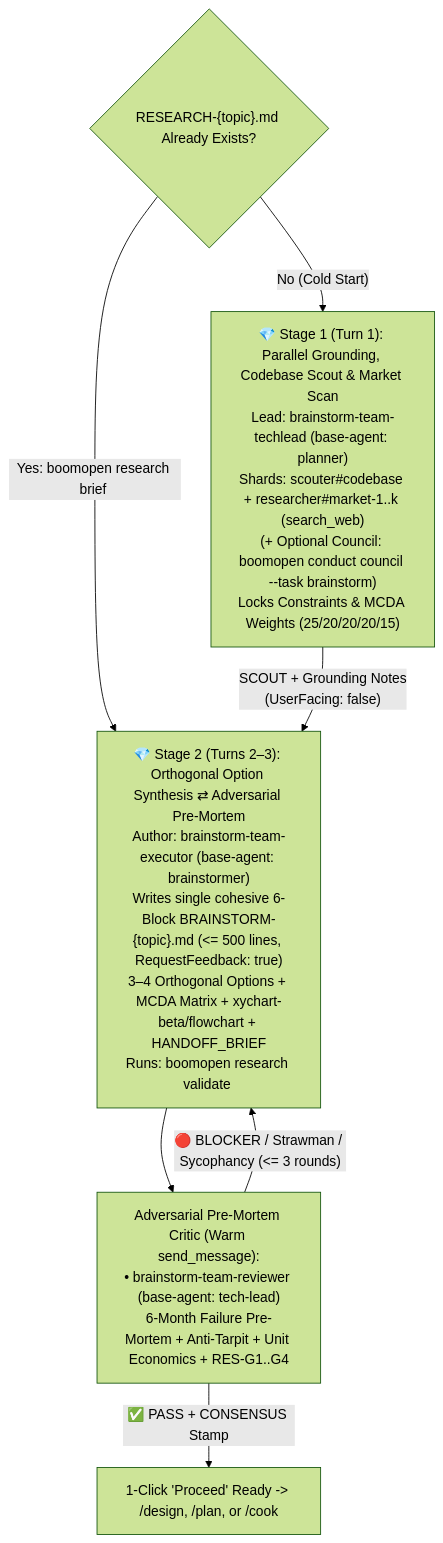
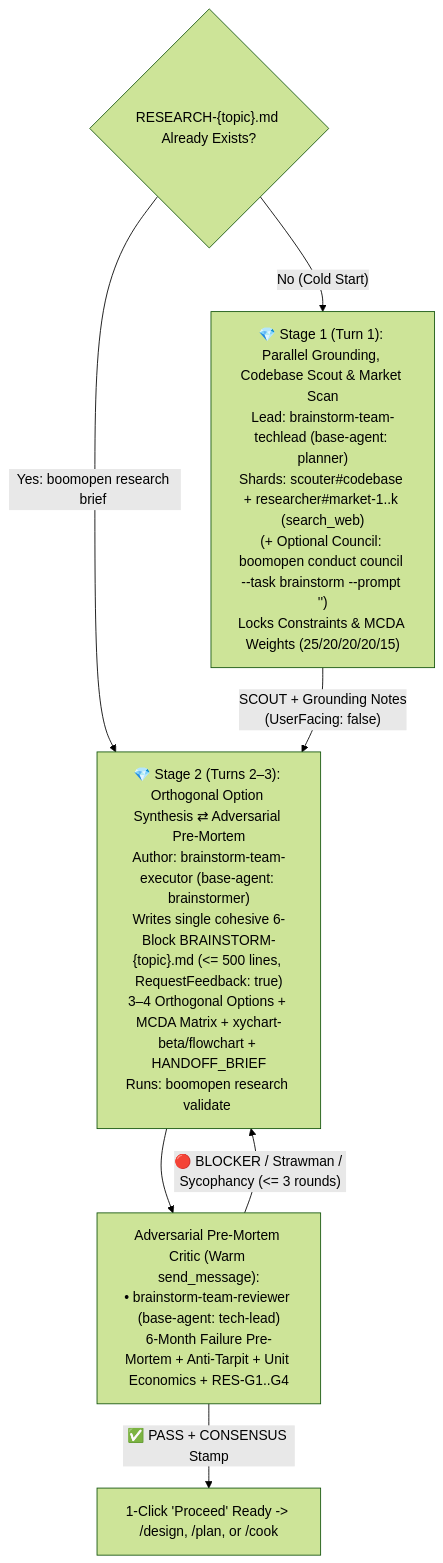
Before and after one commit to Kennyboom/BoomOpen-Workflow-Kit-Pro: the diagram in agents/teams/brainstorm-team/_team.md, drawn with Mermaid (forest theme). The commit also changed other lines of this file and 302 other files, not shown here.

````diff
--- a/agents/teams/brainstorm-team/_team.md
+++ b/agents/teams/brainstorm-team/_team.md
@@ -40,10 +41,10 @@
 ```mermaid
 flowchart TD
     G0{"RESEARCH-{topic}.md Already Exists?"}
     G0 -->|"Yes: boomopen research brief <path><br/>(Skip duplicate web searches)"| S2
-    G0 -->|"No (Cold Start)"| S1["💎 Stage 1 (Turn 1): Parallel Grounding, Codebase Scout & Market Scan<br/>Lead: brainstorm-team-techlead (base-agent: planner)<br/>Shards: scouter#codebase + researcher#market-1..k (search_web)<br/>(+ Optional Council: boomopen conduct council --task brainstorm)<br/>Locks Constraints & MCDA Weights (25/20/20/20/15)"]
+    G0 -->|"No (Cold Start)"| S1["💎 Stage 1 (Turn 1): Parallel Grounding, Codebase Scout & Market Scan<br/>Lead: brainstorm-team-techlead (base-agent: planner)<br/>Shards: scouter#codebase + researcher#market-1..k (search_web)<br/>(+ Optional Council: boomopen conduct council --task brainstorm --prompt '<brainstorm-context>')<br/>Locks Constraints & MCDA Weights (25/20/20/20/15)"]
     S1 -->|"SCOUT + Grounding Notes<br/>(UserFacing: false)"| S2["💎 Stage 2 (Turns 2–3): Orthogonal Option Synthesis ⇄ Adversarial Pre-Mortem<br/>Author: brainstorm-team-executor (base-agent: brainstormer)<br/>Writes single cohesive 6-Block BRAINSTORM-{topic}.md (<= 500 lines, RequestFeedback: true)<br/>3–4 Orthogonal Options + MCDA Matrix + xychart-beta/flowchart + HANDOFF_BRIEF<br/>Runs: boomopen research validate <path> --mode brainstorm"]
     S2 --> C2["Adversarial Pre-Mortem Critic (Warm send_message):<br/>• brainstorm-team-reviewer (base-agent: tech-lead)<br/>6-Month Failure Pre-Mortem + Anti-Tarpit + Unit Economics + RES-G1..G4"]
     C2 -->|"🔴 BLOCKER / Strawman / Sycophancy (<= 3 rounds)"| S2
     C2 -->|"✅ PASS + CONSENSUS Stamp"| OUT["1-Click 'Proceed' Ready -> /design, /plan, or /cook"]
 ```
````
